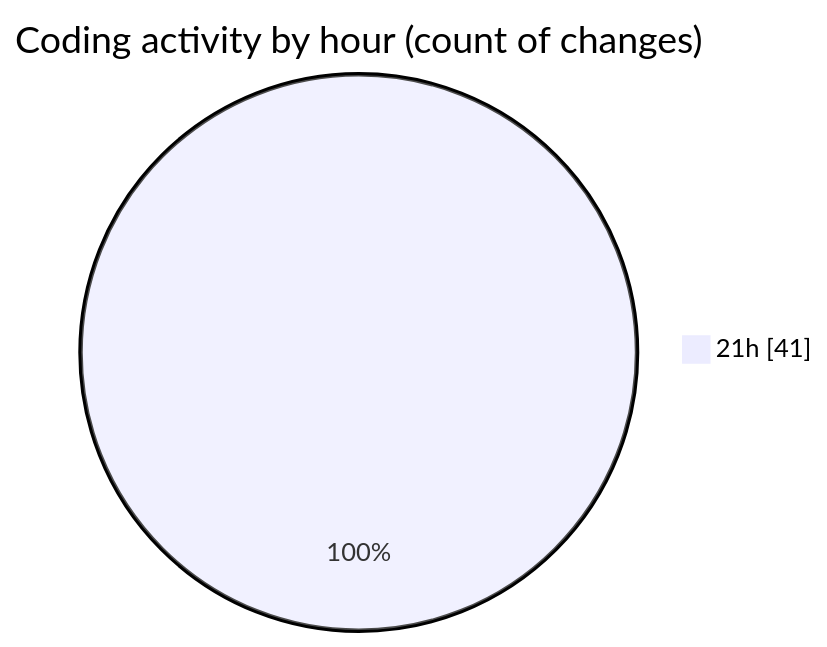
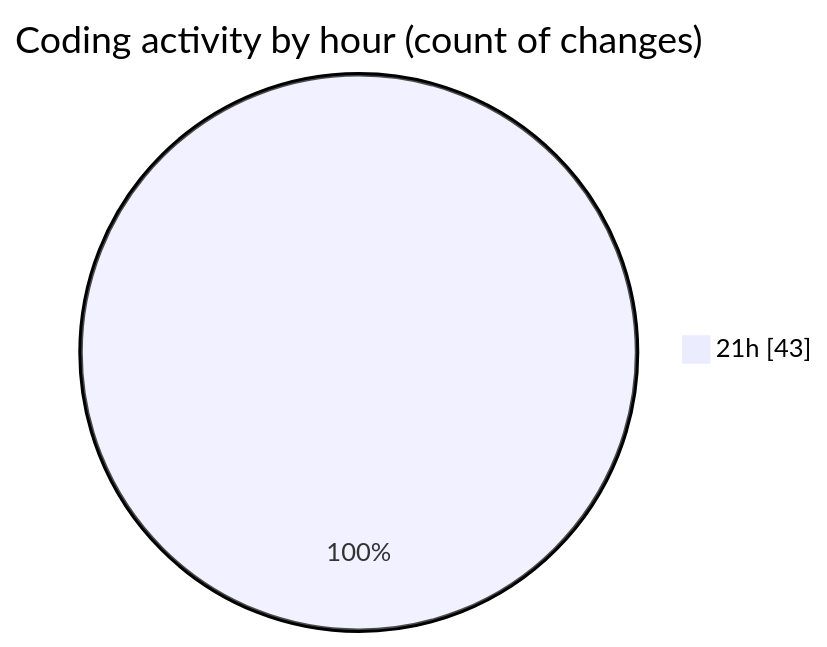
One commit to Ritupan-Deka/code-tracking changed the second of 2 diagrams in 2025-10-15/scopecraft/README.md. Above: the diagram before and after it, drawn with Mermaid. The commit also changed other lines of this file and 1 other file, not shown here.

````diff
--- a/2025-10-15/scopecraft/README.md
+++ b/2025-10-15/scopecraft/README.md
@@ -30,5 +30,5 @@
 ```mermaid
 pie showData
 title Coding activity by hour (count of changes)
-"21h" : 41
+"21h" : 43
 ```
````
